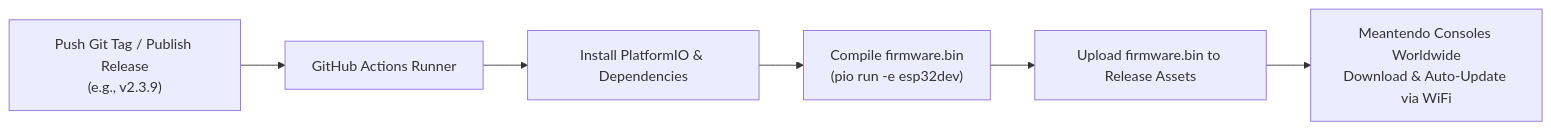
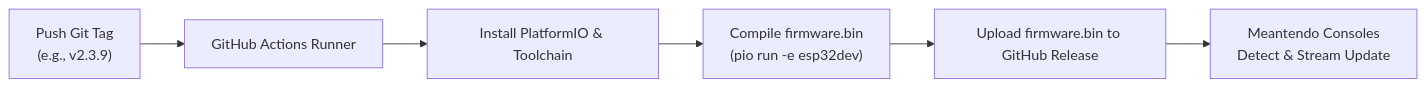
The second of 2 diagrams in docs/OTA_UPDATE_GUIDE.md (Debyte404/Meantendo), drawn with Mermaid before and after one commit. The commit also changed other lines of this file and 4 other files, not shown here.

````diff
--- a/docs/OTA_UPDATE_GUIDE.md
+++ b/docs/OTA_UPDATE_GUIDE.md
@@ -107,8 +229,8 @@
 ```mermaid
 flowchart LR
-    A["Push Git Tag / Publish Release<br/>(e.g., v2.3.9)"] --> B["GitHub Actions Runner"]
-    B --> C["Install PlatformIO & Dependencies"]
+    A["Push Git Tag<br/>(e.g., v2.3.9)"] --> B["GitHub Actions Runner"]
+    B --> C["Install PlatformIO & Toolchain"]
     C --> D["Compile firmware.bin<br/>(pio run -e esp32dev)"]
-    D --> E["Upload firmware.bin to Release Assets"]
-    E --> F["Meantendo Consoles Worldwide<br/>Download & Auto-Update via WiFi"]
+    D --> E["Upload firmware.bin to GitHub Release"]
+    E --> F["Meantendo Consoles<br/>Detect & Stream Update"]
 ```
````
